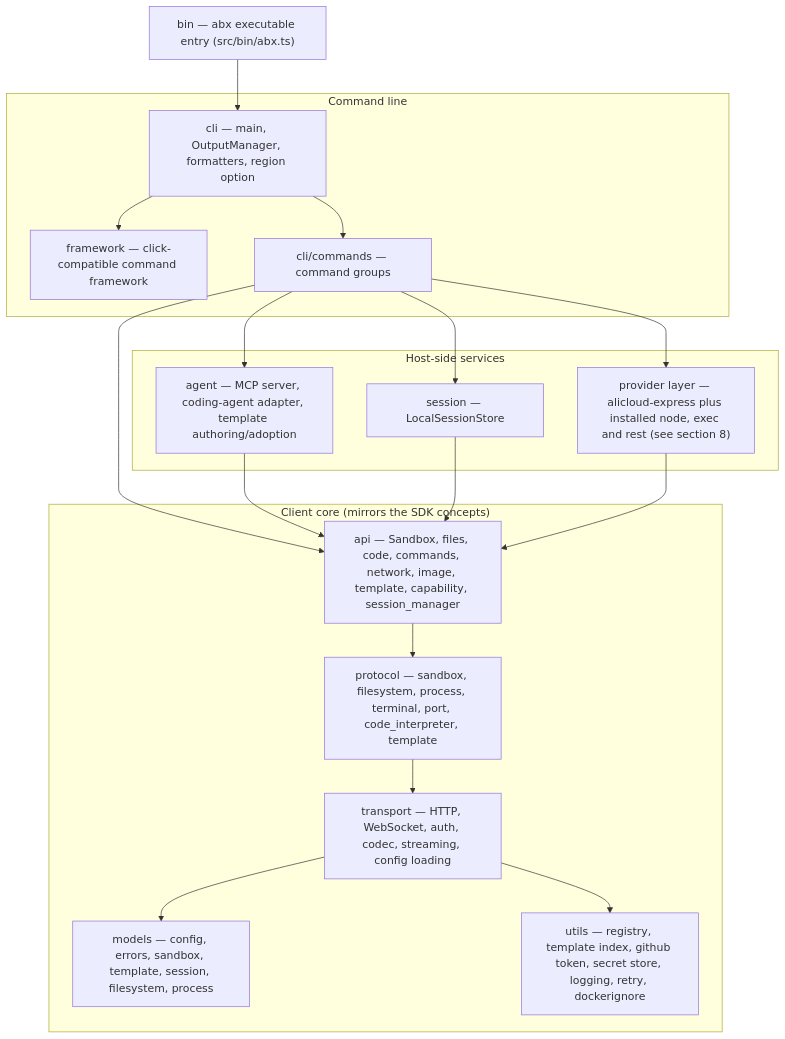
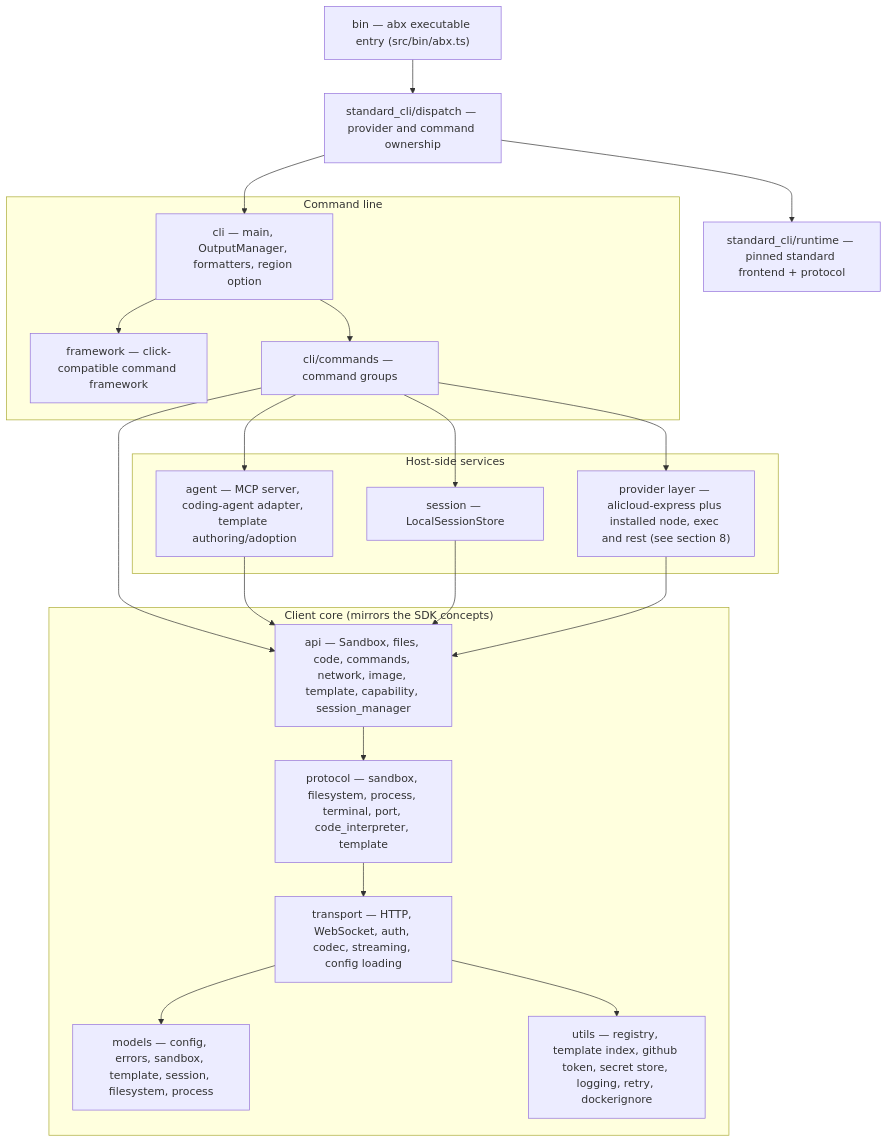
One commit to Alibaba-Agent-Sandbox/agent-sandbox changed the diagram in docs/en/design/architecture.md. Above: the diagram before and after it, drawn with Mermaid. The commit also changed other lines of this file and 21 other files, not shown here.

Commit message:
fix: preserve standard dispatch ownership and source attribution

````diff
--- a/docs/en/design/architecture.md
+++ b/docs/en/design/architecture.md
@@ -19,35 +17,39 @@
 ```mermaid
 graph TB
     BIN["bin — abx executable entry (src/bin/abx.ts)"]
+    DIS["standard_cli/dispatch — provider and command ownership"]
+    STD["standard_cli/runtime — pinned standard frontend + protocol"]
     subgraph Front["Command line"]
         FW["framework — click-compatible command framework"]
         CLI["cli — main, OutputManager, formatters, region option"]
         CMD["cli/commands — command groups"]
     end
     subgraph Services["Host-side services"]
         AG["agent — MCP server, coding-agent adapter, template authoring/adoption"]
         PRV["provider layer — alicloud-express plus installed node, exec and rest (see section 8)"]
         SES["session — LocalSessionStore"]
     end
     subgraph Core["Client core (mirrors the SDK concepts)"]
         API["api — Sandbox, files, code, commands, network, image, template, capability, session_manager"]
         PRO["protocol — sandbox, filesystem, process, terminal, port, code_interpreter, template"]
         TRA["transport — HTTP, WebSocket, auth, codec, streaming, config loading"]
         MOD["models — config, errors, sandbox, template, session, filesystem, process"]
         UTL["utils — registry, template index, github token, secret store, logging, retry, dockerignore"]
     end
 
-    BIN --> CLI
+    BIN --> DIS
+    DIS --> STD
+    DIS --> CLI
     CLI --> FW
     CLI --> CMD
     CMD --> AG
     CMD --> SES
     CMD --> API
     CMD --> PRV
     AG --> API
     SES --> API
     PRV --> API
     API --> PRO --> TRA
     TRA --> MOD
     TRA --> UTL
 ```
````
